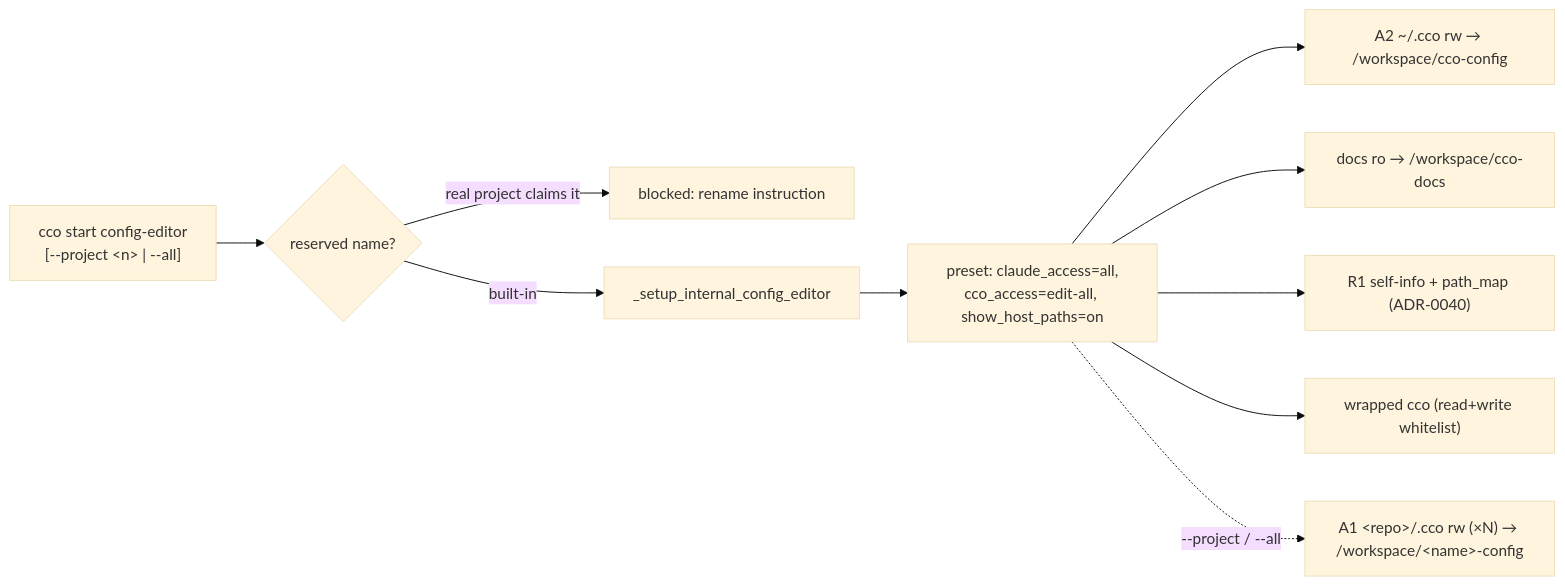
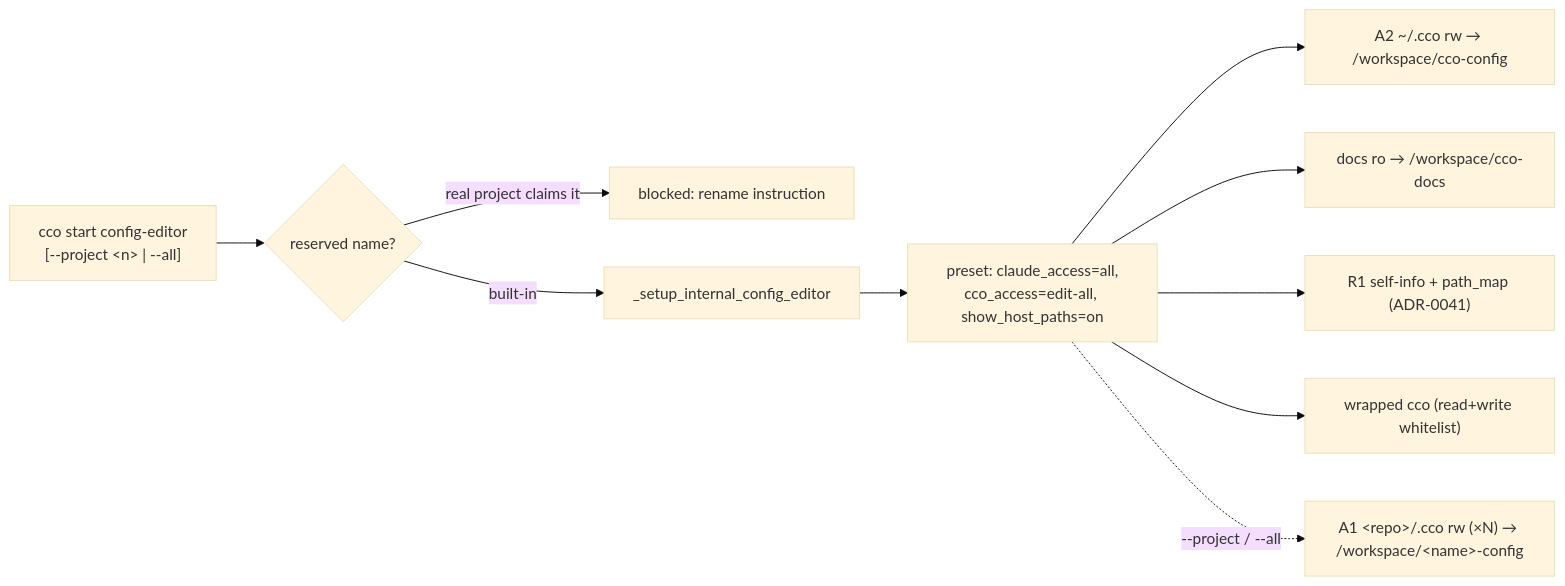
The first of 2 diagrams in docs/maintainers/internal-projects/config-editor/design/design-config-editor.md (alergyonthestage/claude-orchestrator), drawn with Mermaid (base theme) before and after one commit. The commit also changed other lines of this file and 5 other files, not shown here.

First line of the commit message:
docs: renumber R1 ADR 0040->0041 (0040 reserved for F); handoff + roadmap

````diff
--- a/docs/maintainers/internal-projects/config-editor/design/design-config-editor.md
+++ b/docs/maintainers/internal-projects/config-editor/design/design-config-editor.md
@@ -37,12 +37,12 @@
 ```mermaid
 flowchart LR
   U["cco start config-editor<br/>[--project &lt;n&gt; | --all]"] --> R{"reserved name?"}
   R -- "real project claims it" --> B["blocked: rename instruction"]
   R -- "built-in" --> S["_setup_internal_config_editor"]
   S --> P["preset: claude_access=all,<br/>cco_access=edit-all, show_host_paths=on"]
   P --> M1["A2 ~/.cco rw → /workspace/cco-config"]
   P --> M2["docs ro → /workspace/cco-docs"]
-  P --> M3["R1 self-info + path_map (ADR-0040)"]
+  P --> M3["R1 self-info + path_map (ADR-0041)"]
   P --> M4["wrapped cco (read+write whitelist)"]
   P -. "--project / --all" .-> M5["A1 &lt;repo&gt;/.cco rw (×N) → /workspace/&lt;name&gt;-config"]
 ```
````
